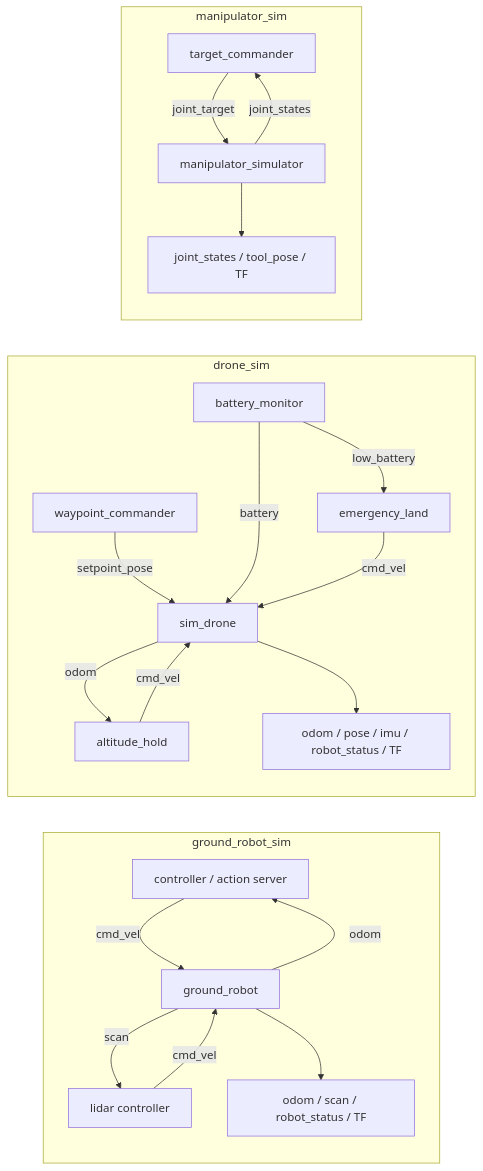
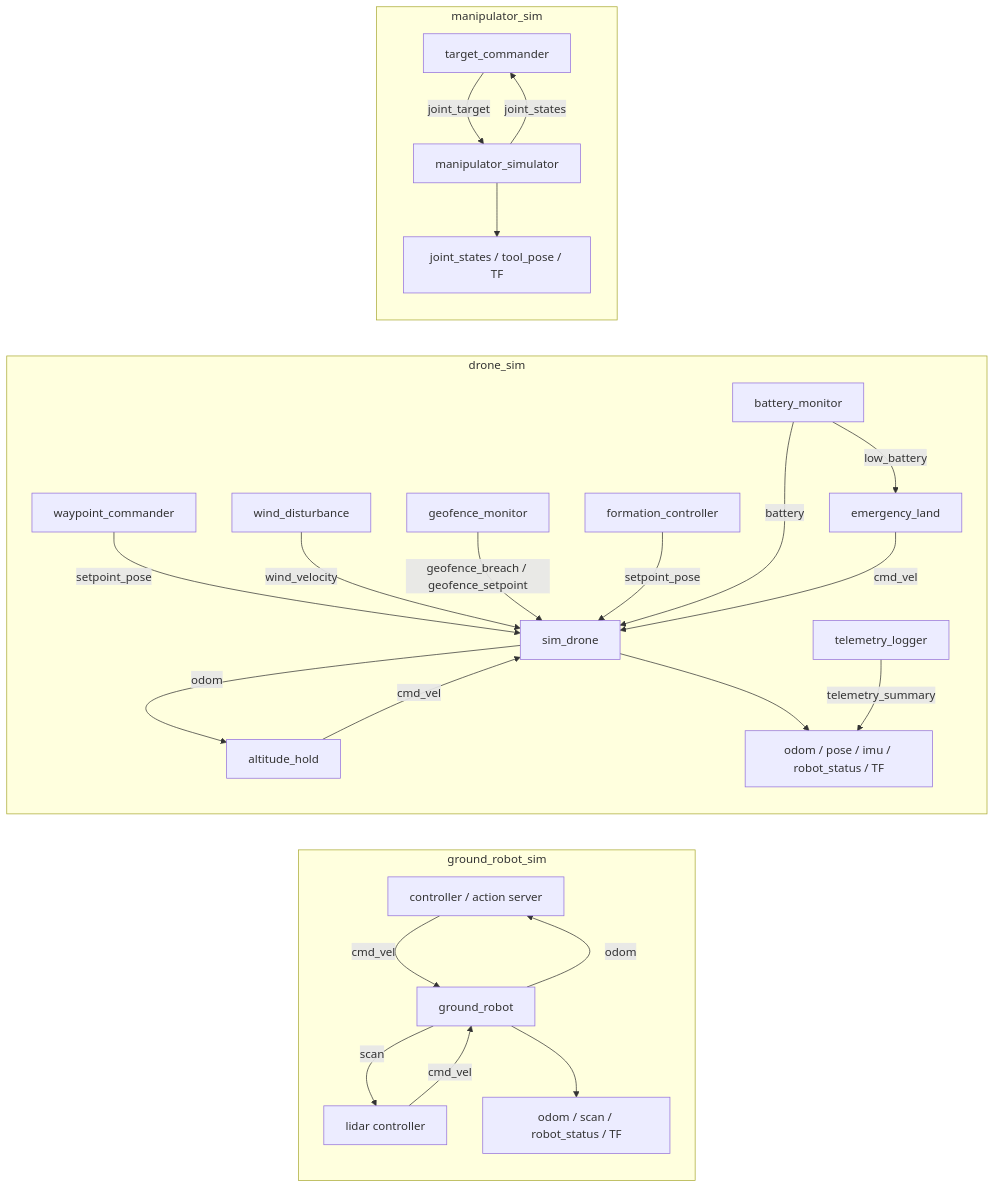
The diagram in docs/implementation_spec.md (sj55576/Ros2Sample), drawn with Mermaid before and after one commit. The commit also changed other lines of this file and 4 other files, not shown here.

````diff
--- a/docs/implementation_spec.md
+++ b/docs/implementation_spec.md
@@ -18,26 +18,30 @@
 ```mermaid
 flowchart LR
   subgraph Ground["ground_robot_sim"]
     GC["controller / action server"] -->|cmd_vel| GS["ground_robot"]
     GS -->|odom| GC
     GS -->|scan| LC["lidar controller"]
     LC -->|cmd_vel| GS
     GS --> GOUT["odom / scan / robot_status / TF"]
   end
 
   subgraph Drone["drone_sim"]
     WC["waypoint_commander"] -->|setpoint_pose| DS["sim_drone"]
     AH["altitude_hold"] -->|cmd_vel| DS
     DS -->|odom| AH
     DS --> DOUT["odom / pose / imu / robot_status / TF"]
+    WD["wind_disturbance"] -->|wind_velocity| DS
+    GM["geofence_monitor"] -->|geofence_breach / geofence_setpoint| DS
+    TL["telemetry_logger"] -->|telemetry_summary| DOUT
+    FC["formation_controller"] -->|setpoint_pose| DS
     BM["battery_monitor"] -->|battery| DS
     BM -->|low_battery| EL["emergency_land"]
     EL -->|cmd_vel| DS
   end
 
   subgraph Arm["manipulator_sim"]
     TC["target_commander"] -->|joint_target| MS["manipulator_simulator"]
     MS -->|joint_states| TC
     MS --> MOUT["joint_states / tool_pose / TF"]
   end
 ```
````
